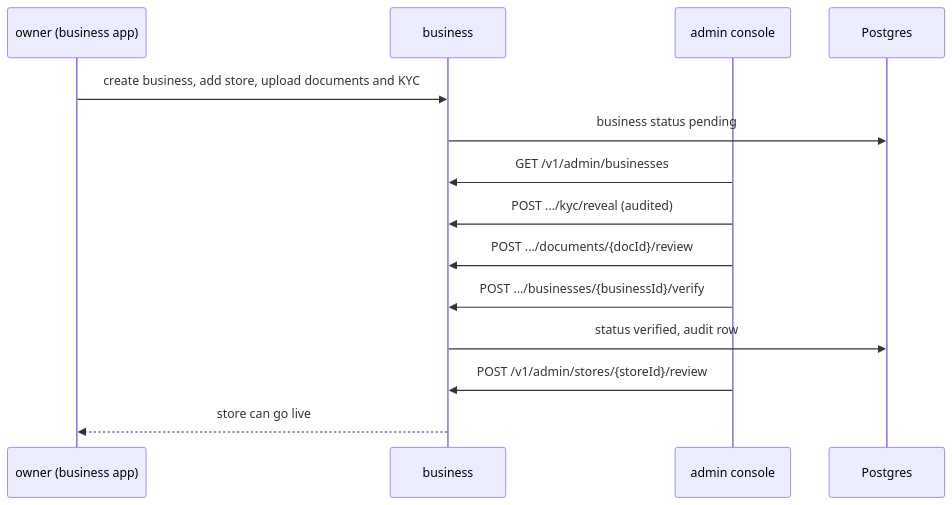
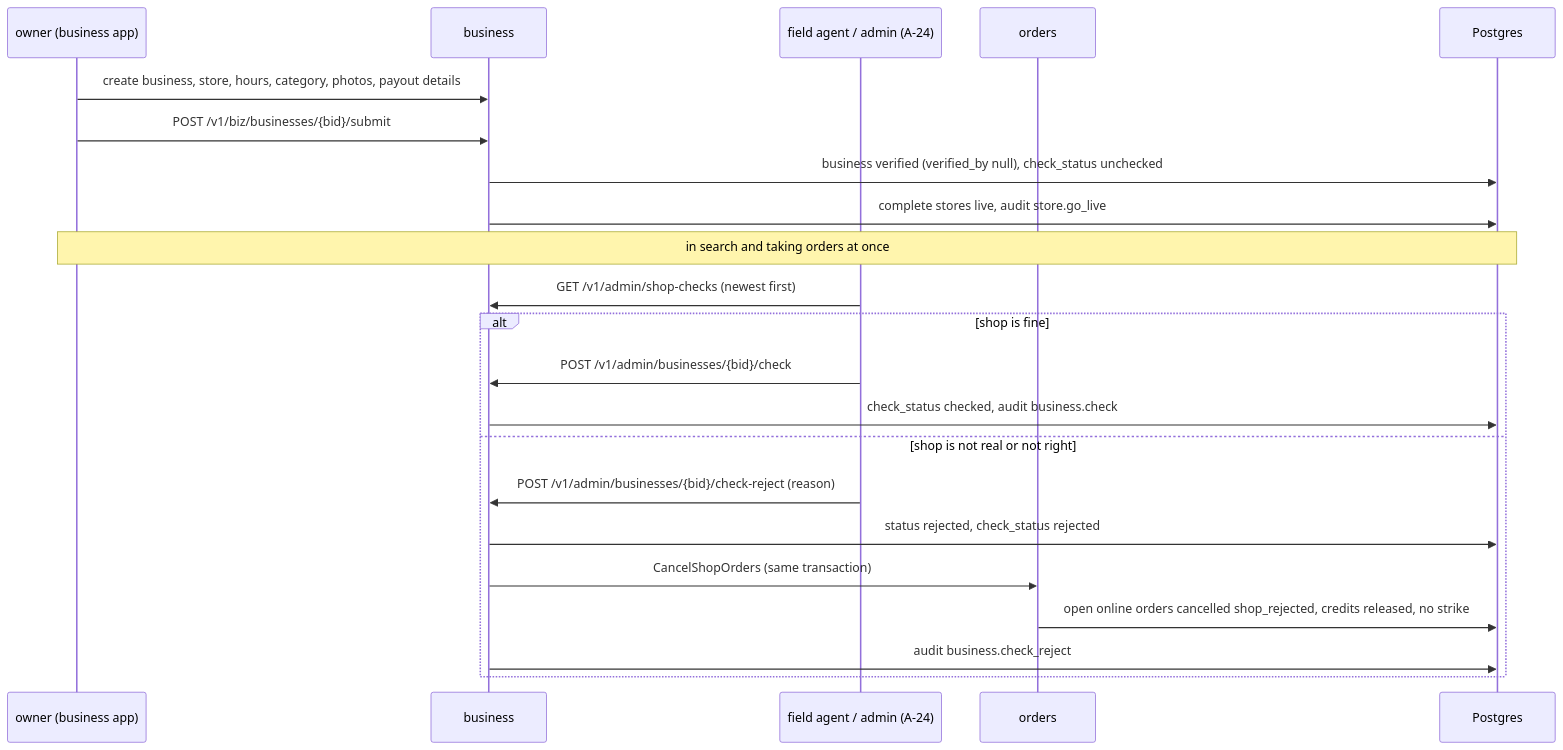
Diagram 12 of 13 in docs/guide/flows.md (todayzmart/todayz), drawn with Mermaid before and after one commit. The commit also changed other lines of this file and 133 other files, not shown here.

````diff
--- a/docs/guide/flows.md
+++ b/docs/guide/flows.md
@@ -315,16 +317,24 @@
 ```mermaid
 sequenceDiagram
   participant O as owner (business app)
   participant B as business
-  participant A as admin console
+  participant F as field agent / admin (A-24)
+  participant Ord as orders
   participant DB as Postgres
-  O->>B: create business, add store, upload documents and KYC
-  B->>DB: business status pending
-  A->>B: GET /v1/admin/businesses
-  A->>B: POST .../kyc/reveal (audited)
-  A->>B: POST .../documents/{docId}/review
-  A->>B: POST .../businesses/{businessId}/verify
-  B->>DB: status verified, audit row
-  A->>B: POST /v1/admin/stores/{storeId}/review
-  B-->>O: store can go live
+  O->>B: create business, store, hours, category, photos, payout details
+  O->>B: POST /v1/biz/businesses/{bid}/submit
+  B->>DB: business verified (verified_by null), check_status unchecked
+  B->>DB: complete stores live, audit store.go_live
+  Note over O,DB: in search and taking orders at once
+  F->>B: GET /v1/admin/shop-checks (newest first)
+  alt shop is fine
+    F->>B: POST /v1/admin/businesses/{bid}/check
+    B->>DB: check_status checked, audit business.check
+  else shop is not real or not right
+    F->>B: POST /v1/admin/businesses/{bid}/check-reject (reason)
+    B->>DB: status rejected, check_status rejected
+    B->>Ord: CancelShopOrders (same transaction)
+    Ord->>DB: open online orders cancelled shop_rejected, credits released, no strike
+    B->>DB: audit business.check_reject
+  end
 ```
````
